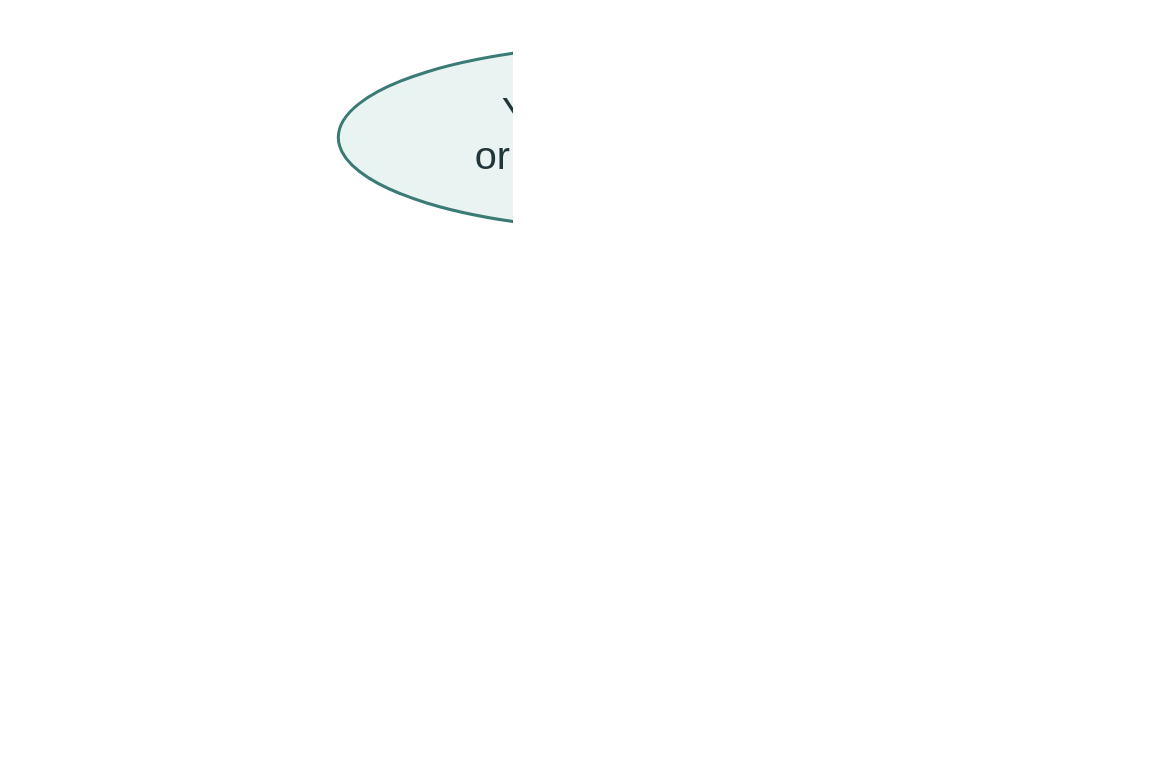
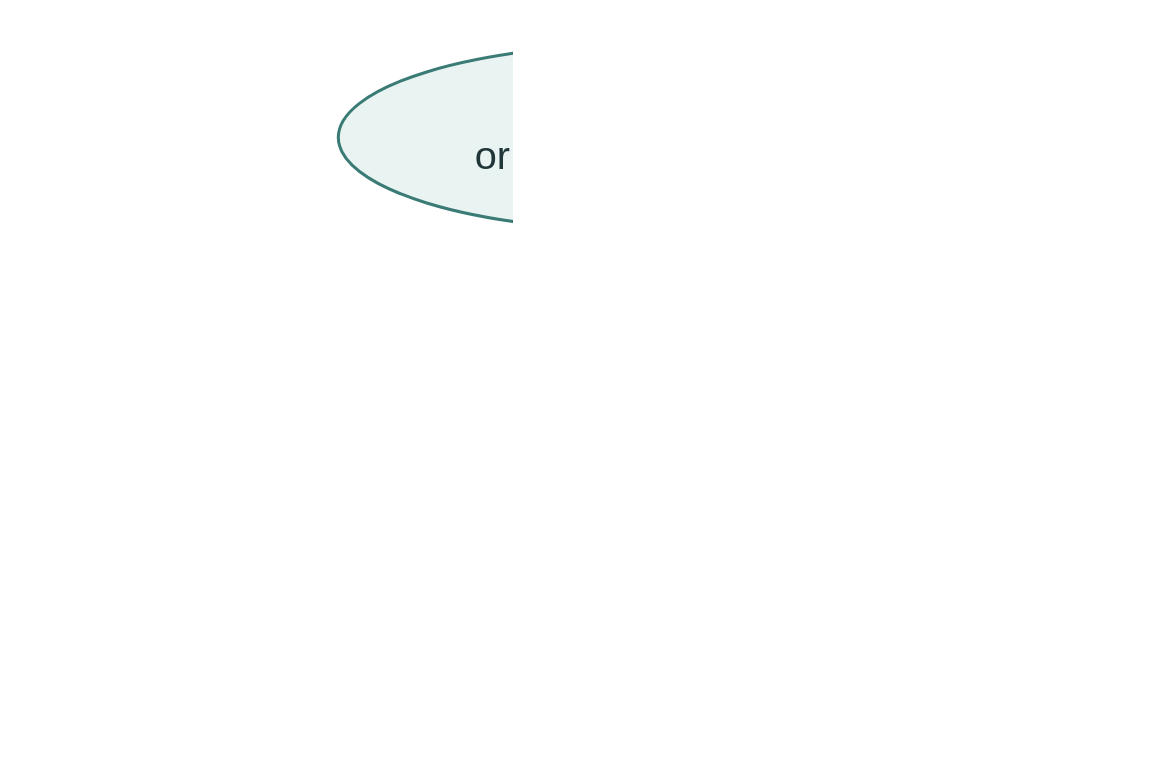
One commit to robotical/axiom-ros2 changed the diagram in docs/ros-graphs/ros2-services-graph.dot. Above: the diagram before and after it, drawn with Graphviz. The commit also changed 6 other files, not shown here.

Commit message:
Use neutral ROS node labels in guide diagrams

```diff
--- a/docs/ros-graphs/ros2-services-graph.dot
+++ b/docs/ros-graphs/ros2-services-graph.dot
@@ -1,13 +1,13 @@
 digraph ros {
 
   graph [bgcolor="white", rankdir=TB, pad="0.25", nodesep="0.35", ranksep="0.5", fontname="Helvetica", dpi=180];
   node [fontname="Helvetica", fontsize=17, fontcolor="#203638", color="#81999d", penwidth=1.3, margin="0.16,0.12", shape=box, style=filled, fillcolor="white"];
   edge [fontname="Helvetica", fontsize=13, color="#517979", fontcolor="#49676d", penwidth=1.4, arrowsize=0.75];
 
-  client [shape=ellipse, fillcolor="#e9f3f2", color="#3b7b75", label="Your ROS node\nor ros2 service call"];
+  client [shape=ellipse, fillcolor="#e9f3f2", color="#3b7b75", label="ROS node\nor ros2 service call"];
   services [label="/axiom/connect • disconnect • get_connection_state\n/axiom/publish_data_subscription • set_sample_rate\n/axiom/ric_rest_url • ping\n/axiom/bus_BUS/device_ADDRESS/commands/COMMAND"];
   driver [shape=ellipse, fillcolor="#e9f3f2", color="#3b7b75", label="/axiom/axiom_bridge_node"];
   client -> services [dir=both, style=dashed, label="request / response"];
   services -> driver [dir=both, style=dashed, label="service server"];
 
 }
```
